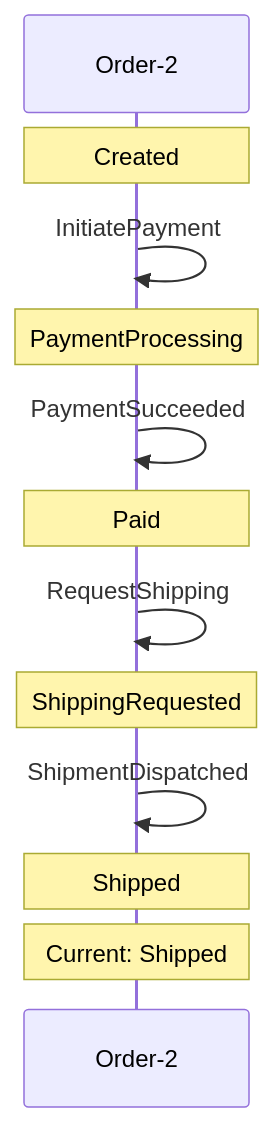
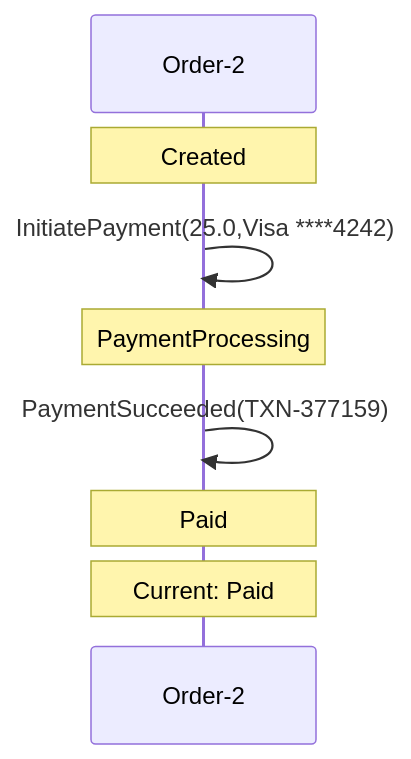
Before and after one commit to Iterable/mechanoid: the second of 3 diagrams in docs/visualizations/order-2-trace.md, drawn with Mermaid. The commit also changed other lines of this file and 33 other files, not shown here.

````diff
--- a/docs/visualizations/order-2-trace.md
+++ b/docs/visualizations/order-2-trace.md
@@ -60,14 +45,10 @@
 ```mermaid
 sequenceDiagram
     participant FSM as Order-2
     Note over FSM: Created
-    FSM->>FSM: InitiatePayment
+    FSM->>FSM: InitiatePayment(25.0,Visa ****4242)
     Note over FSM: PaymentProcessing
-    FSM->>FSM: PaymentSucceeded
+    FSM->>FSM: PaymentSucceeded(TXN-377159)
     Note over FSM: Paid
-    FSM->>FSM: RequestShipping
-    Note over FSM: ShippingRequested
-    FSM->>FSM: ShipmentDispatched
-    Note over FSM: Shipped
-    Note over FSM: Current: Shipped
+    Note over FSM: Current: Paid
 ```
````
